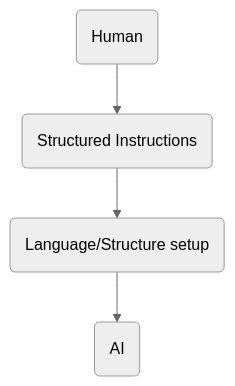
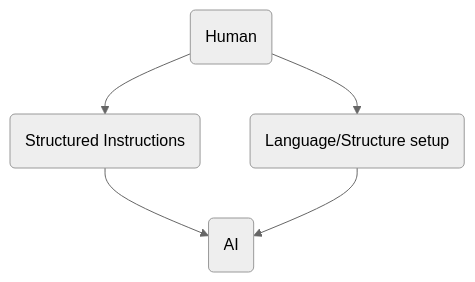
The second of 2 diagrams in README.md (astampedcarton/aiGL), drawn with Mermaid (neutral theme) before and after one commit. The commit also changed other lines of this file, not shown here.

First line of the commit message:
Enhance README with aiGL details and diagrams

````diff
--- a/README.md
+++ b/README.md
@@ -23,4 +24,7 @@
 ```mermaid
 flowchart TD
-  h(Human)-->i(Structured Instructions)-->i1(Language/Structure setup)-->A(AI)
+  h(Human)-->i(Structured Instructions)
+  h-->i1(Language/Structure setup)
+  i-->A(AI)
+  i1-->A
 ```
````
